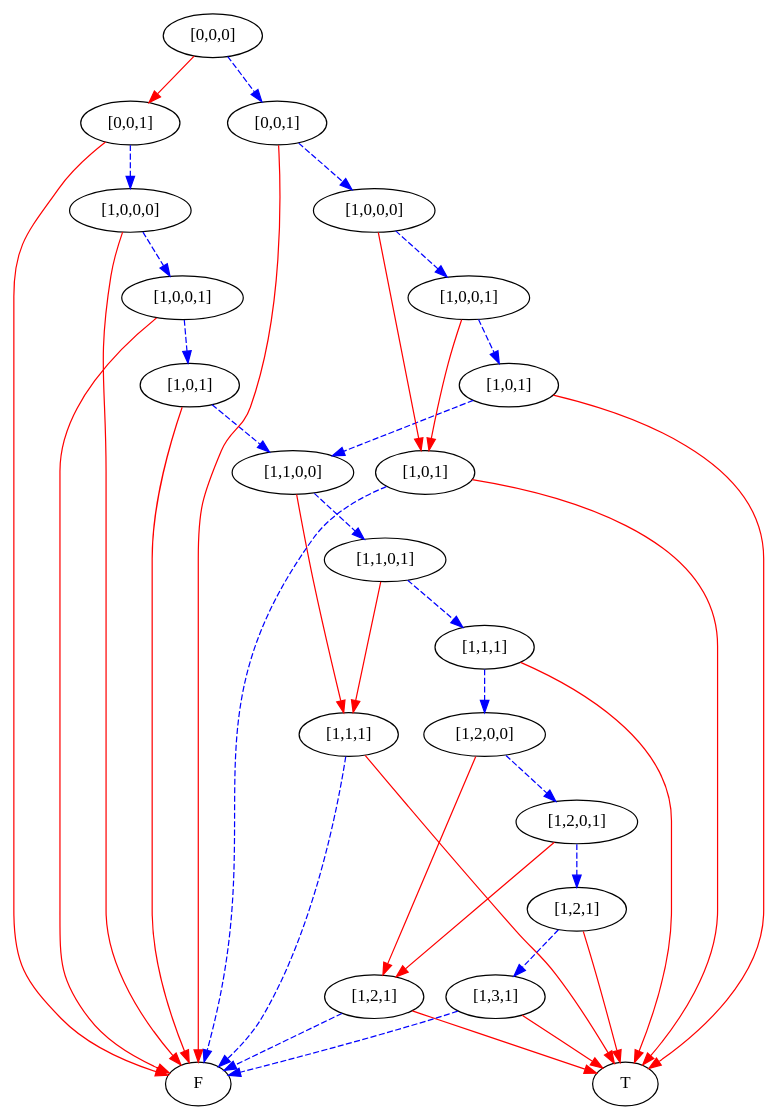
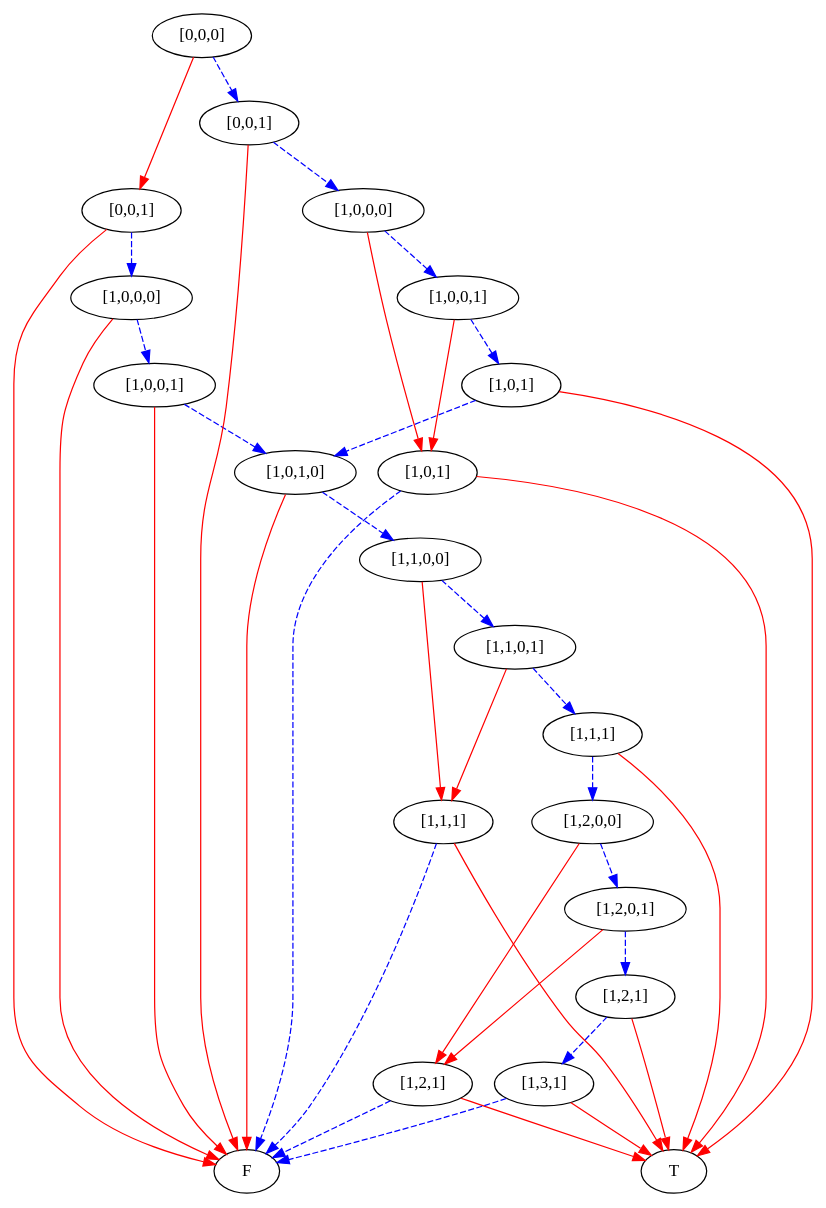
Before and after one commit to mburyakov/minxmod: the diagram in simpleProgram5bstates/6.dot, drawn with Graphviz. The commit also changed 21 other files, not shown here.

```diff
--- a/simpleProgram5bstates/6.dot
+++ b/simpleProgram5bstates/6.dot
@@ -1,80 +1,80 @@
 digraph {
     1 [label=F];
     2 [label=T];
     3 [label="[1,1,1]"];
     4 [label="[1,2,1]"];
     5 [label="[1,3,1]"];
     6 [label="[1,2,1]"];
     7 [label="[1,2,0,1]"];
     8 [label="[1,2,0,0]"];
     9 [label="[1,1,1]"];
     10 [label="[1,1,0,1]"];
     11 [label="[1,1,0,0]"];
-    12 [label="[1,0,1]"];
+    12 [label="[1,0,1,0]"];
     13 [label="[1,0,0,1]"];
     14 [label="[1,0,0,0]"];
     15 [label="[0,0,1]"];
     16 [label="[1,0,1]"];
     17 [label="[1,0,1]"];
     18 [label="[1,0,0,1]"];
     19 [label="[1,0,0,0]"];
     20 [label="[0,0,1]"];
     21 [label="[0,0,0]"];
     3 -> 1 [style=dashed
            ,color=blue];
     3 -> 2 [color=red];
     4 -> 1 [style=dashed
            ,color=blue];
     4 -> 2 [color=red];
     5 -> 1 [style=dashed
            ,color=blue];
     5 -> 2 [color=red];
     6 -> 5 [style=dashed
            ,color=blue];
     6 -> 2 [color=red];
     7 -> 4 [color=red];
     7 -> 6 [style=dashed
            ,color=blue];
     8 -> 4 [color=red];
     8 -> 7 [style=dashed
            ,color=blue];
     9 -> 8 [style=dashed
            ,color=blue];
     9 -> 2 [color=red];
     10 -> 3 [color=red];
     10 -> 9 [style=dashed
             ,color=blue];
     11 -> 3 [color=red];
     11 -> 10 [style=dashed
              ,color=blue];
     12 -> 11 [style=dashed
              ,color=blue];
     12 -> 1 [color=red];
     13 -> 12 [style=dashed
              ,color=blue];
     13 -> 1 [color=red];
     14 -> 13 [style=dashed
              ,color=blue];
     14 -> 1 [color=red];
     15 -> 14 [style=dashed
              ,color=blue];
     15 -> 1 [color=red];
     16 -> 1 [style=dashed
             ,color=blue];
     16 -> 2 [color=red];
-    17 -> 11 [style=dashed
+    17 -> 12 [style=dashed
              ,color=blue];
     17 -> 2 [color=red];
     18 -> 16 [color=red];
     18 -> 17 [style=dashed
              ,color=blue];
     19 -> 16 [color=red];
     19 -> 18 [style=dashed
              ,color=blue];
     20 -> 19 [style=dashed
              ,color=blue];
     20 -> 1 [color=red];
     21 -> 15 [color=red];
     21 -> 20 [style=dashed
              ,color=blue];
 }
```
